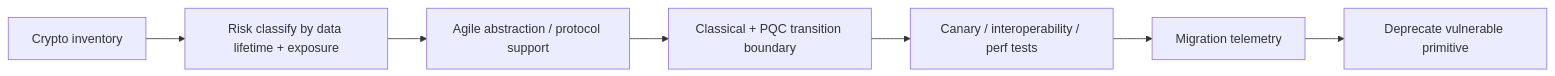
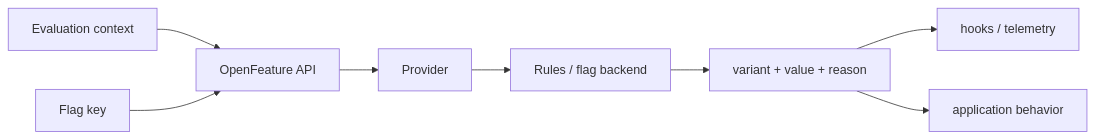
One commit to cebrailbagatarhan/software-engineering-interview-roadmap changed the second of 2 diagrams in daily/2026-09-19/01-00.md. Above: the diagram before and after it, drawn with Mermaid. The commit also changed other lines of this file, not shown here.

````diff
--- a/daily/2026-09-19/01-00.md
+++ b/daily/2026-09-19/01-00.md
@@ -83,9 +79,10 @@
 ```mermaid
 flowchart LR
-  I[Crypto inventory] --> R[Risk classify by data lifetime + exposure]
-  R --> A[Agile abstraction / protocol support]
-  A --> H[Classical + PQC transition boundary]
-  H --> C[Canary / interoperability / perf tests]
-  C --> M[Migration telemetry]
-  M --> D[Deprecate vulnerable primitive]
+  C[Evaluation context] --> SDK[OpenFeature API]
+  K[Flag key] --> SDK
+  SDK --> P[Provider]
+  P --> E[Rules / flag backend]
+  E --> V[variant + value + reason]
+  V --> H[hooks / telemetry]
+  V --> A[application behavior]
 ```
````
